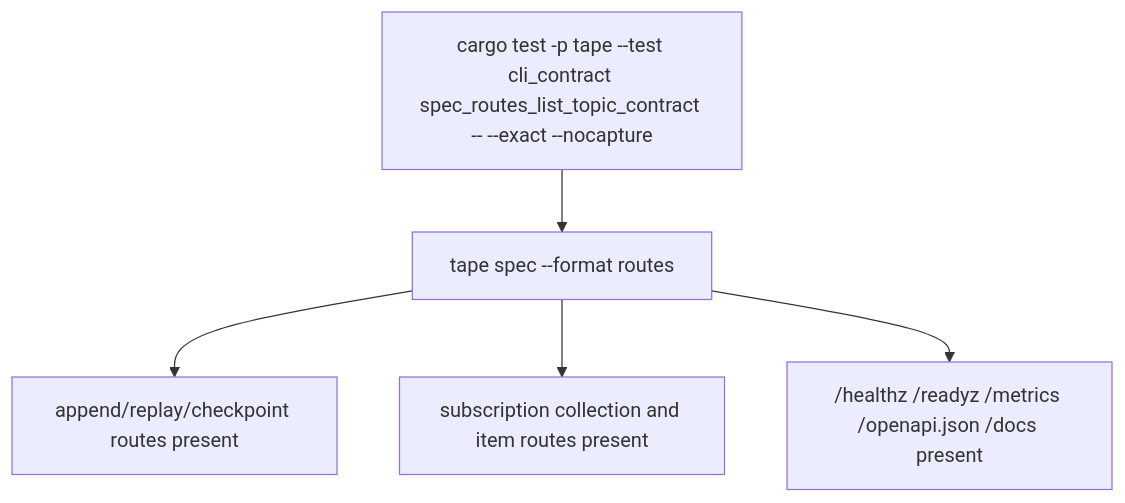
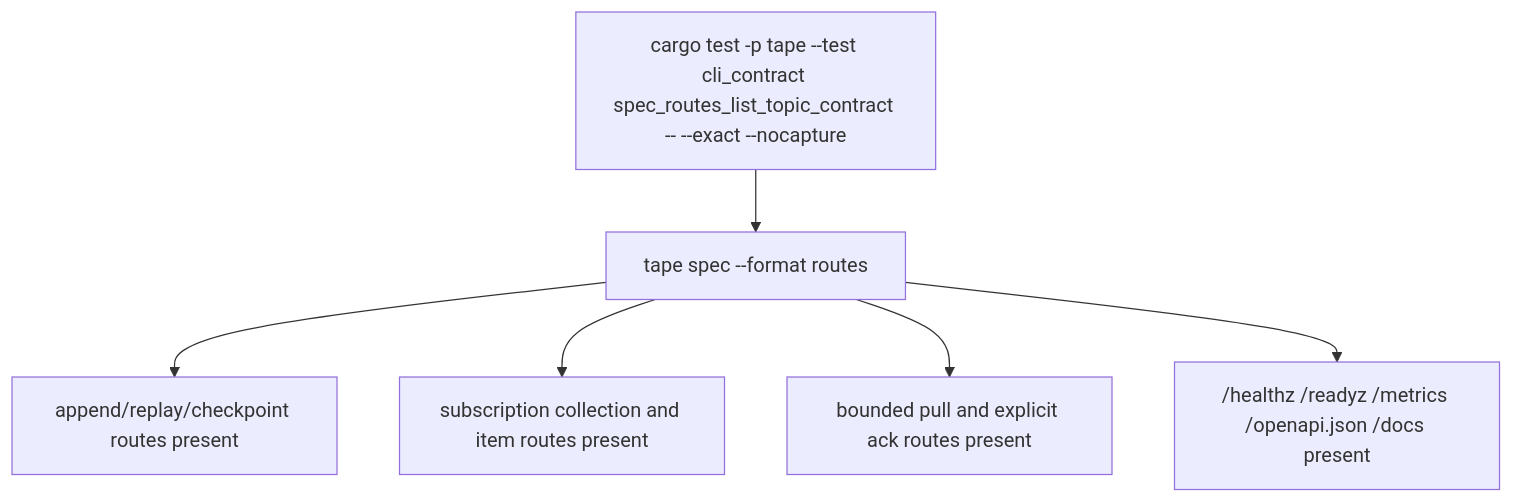
The diagram in apps/tape/tech-design/semantic/source/apps-tape-src-spec-rs.md (chrischeng-c4/axiom), drawn with Mermaid before and after one commit. The commit also changed other lines of this file and 11 other files, not shown here.

First line of the commit message:
feat(tape): add bounded pull subscriptions

````diff
--- a/apps/tape/tech-design/semantic/source/apps-tape-src-spec-rs.md
+++ b/apps/tape/tech-design/semantic/source/apps-tape-src-spec-rs.md
@@ -74,10 +82,11 @@
 ```mermaid
 ---
 id: tape-td-flow
 ---
 flowchart TD
     test["cargo test -p tape --test cli_contract spec_routes_list_topic_contract -- --exact --nocapture"] --> routes["tape spec --format routes"]
     routes --> topic["append/replay/checkpoint routes present"]
     routes --> subscriptions["subscription collection and item routes present"]
+    routes --> pullack["bounded pull and explicit ack routes present"]
     routes --> ops["/healthz /readyz /metrics /openapi.json /docs present"]
 ```
````
